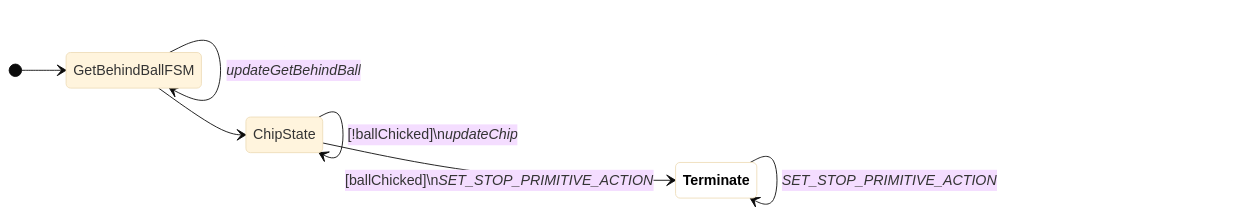
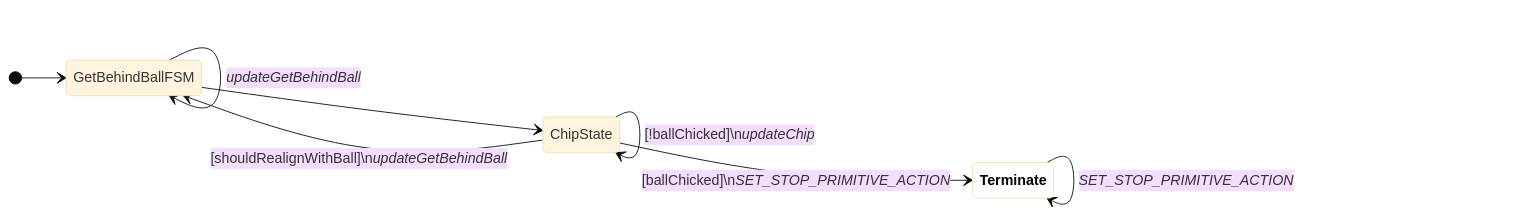
Diagram 13 of 25 in docs/fsm-diagrams.md (UBC-Thunderbots/Software), drawn with Mermaid (base theme) before and after one commit. The commit also changed other lines of this file and 30 other files, not shown here.

````diff
--- a/docs/fsm-diagrams.md
+++ b/docs/fsm-diagrams.md
@@ -196,13 +220,14 @@
 ```mermaid
 
 stateDiagram-v2
 classDef terminate fill:white,color:black,font-weight:bold
 direction LR
 [*] --> GetBehindBallFSM
 GetBehindBallFSM --> GetBehindBallFSM : <i>updateGetBehindBall</i>
 GetBehindBallFSM --> ChipState
+ChipState --> GetBehindBallFSM : [shouldRealignWithBall]\n<i>updateGetBehindBall</i>
 ChipState --> ChipState : [!ballChicked]\n<i>updateChip</i>
 ChipState --> Terminate:::terminate : [ballChicked]\n<i>SET_STOP_PRIMITIVE_ACTION</i>
 Terminate:::terminate --> Terminate:::terminate : <i>SET_STOP_PRIMITIVE_ACTION</i>
 
 ```
````
